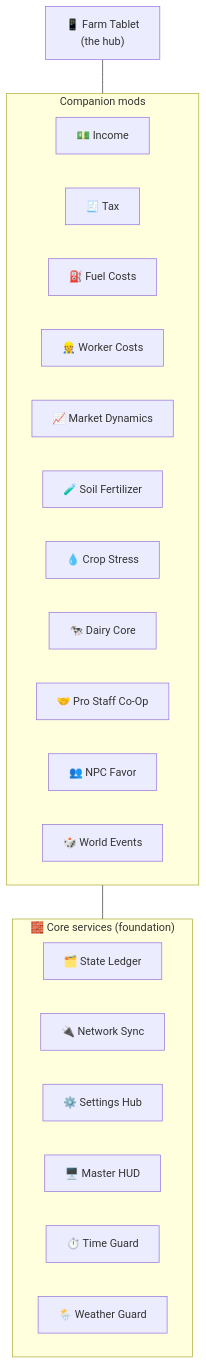
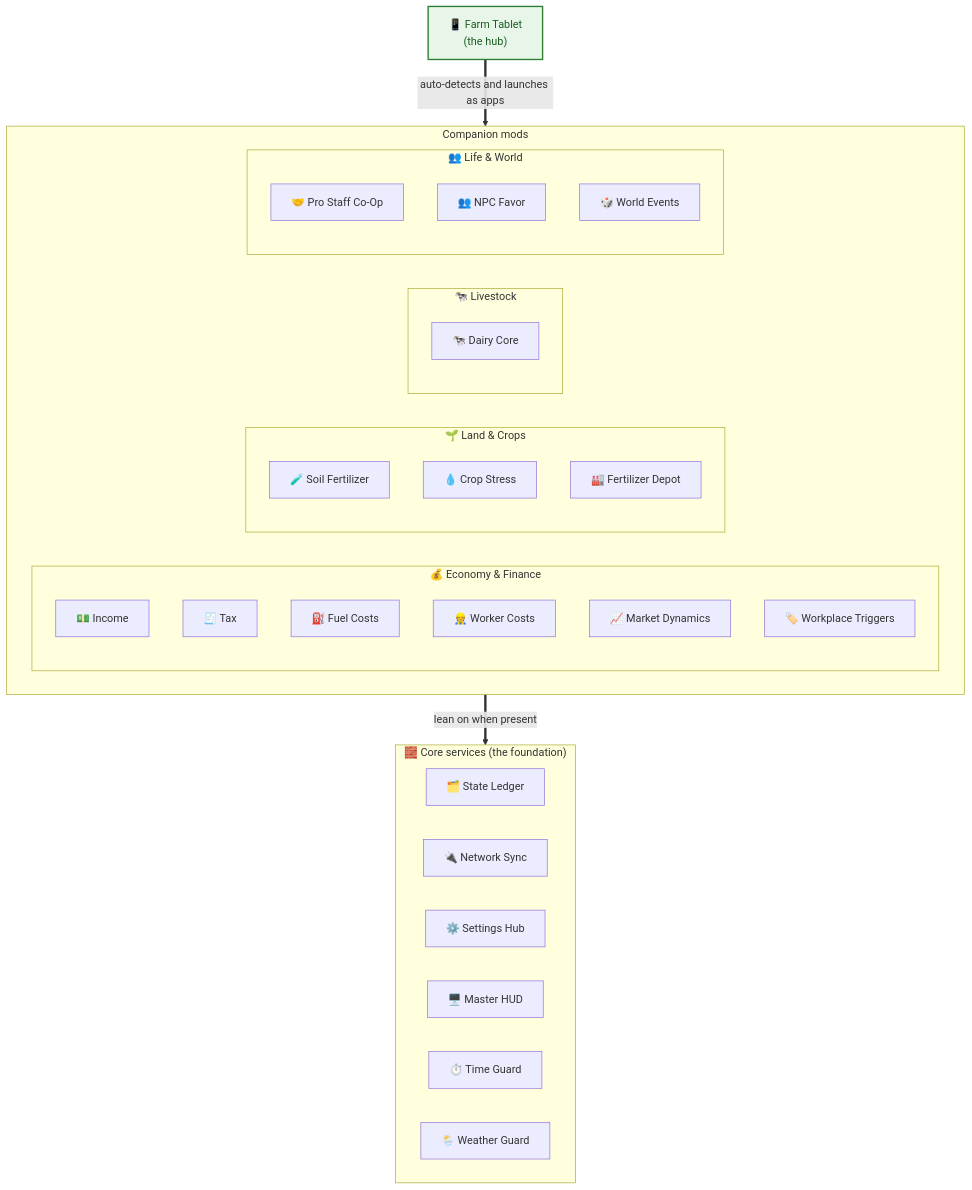
Before and after one commit to Realistic-Farming/.github: the diagram in profile/README.md, drawn with Mermaid.

Commit message:
docs: group the how-it-fits diagram by suite category

````diff
--- a/profile/README.md
+++ b/profile/README.md
@@ -95,32 +95,45 @@
 ```mermaid
-flowchart TD
+flowchart TB
     T["📱 Farm Tablet<br/>(the hub)"]
 
     subgraph APPS["Companion mods"]
         direction LR
-        I["💵 Income"]
-        X["🧾 Tax"]
-        F["⛽ Fuel Costs"]
-        W["👷 Worker Costs"]
-        M["📈 Market Dynamics"]
-        S["🧪 Soil Fertilizer"]
-        C["💧 Crop Stress"]
-        D["🐄 Dairy Core"]
-        P["🤝 Pro Staff Co-Op"]
-        N["👥 NPC Favor"]
-        R["🎲 World Events"]
+        subgraph ECO["💰 Economy & Finance"]
+            I["💵 Income"]
+            X["🧾 Tax"]
+            F["⛽ Fuel Costs"]
+            W["👷 Worker Costs"]
+            M["📈 Market Dynamics"]
+            WT["🏷️ Workplace Triggers"]
+        end
+        subgraph LAND["🌱 Land & Crops"]
+            S["🧪 Soil Fertilizer"]
+            C["💧 Crop Stress"]
+            FD["🏭 Fertilizer Depot"]
+        end
+        subgraph LIV["🐄 Livestock"]
+            D["🐄 Dairy Core"]
+        end
+        subgraph WORLD["👥 Life & World"]
+            P["🤝 Pro Staff Co-Op"]
+            N["👥 NPC Favor"]
+            R["🎲 World Events"]
+        end
     end
 
-    subgraph CORE["🧱 Core services (foundation)"]
+    subgraph CORE["🧱 Core services (the foundation)"]
         direction LR
         SL["🗂️ State Ledger"]
         NS["🔌 Network Sync"]
         SH["⚙️ Settings Hub"]
         MH["🖥️ Master HUD"]
         TG["⏱️ Time Guard"]
         WG["🌦️ Weather Guard"]
     end
 
-    T --- APPS
-    APPS --- CORE
+    T ==>|auto-detects and launches as apps| APPS
+    APPS ==>|lean on when present| CORE
+
+    classDef hub fill:#e8f5e9,stroke:#2e7d32,stroke-width:2px,color:#1b5e20;
+    class T hub;
 ```
````
